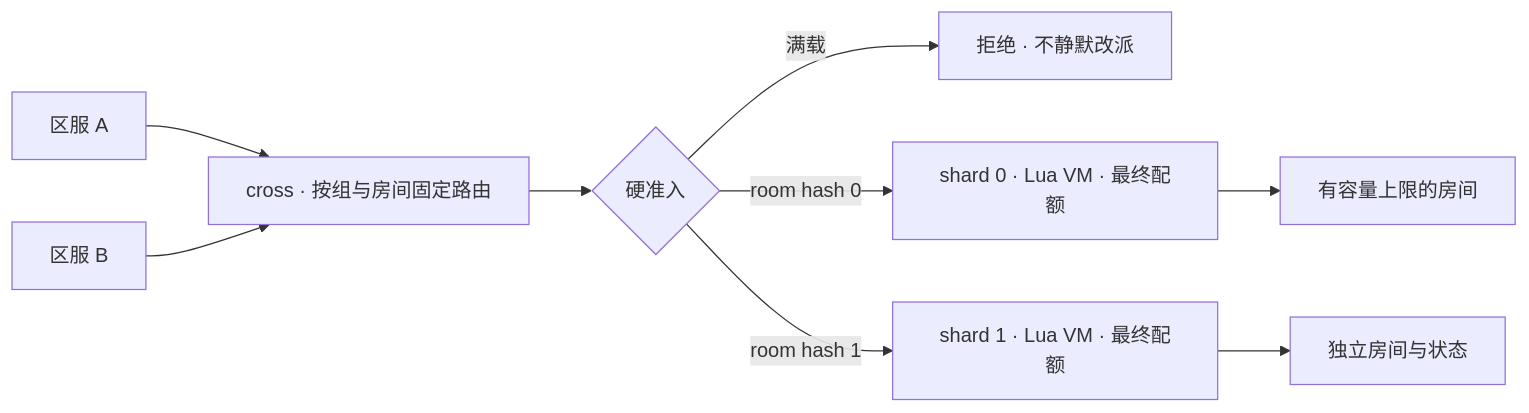
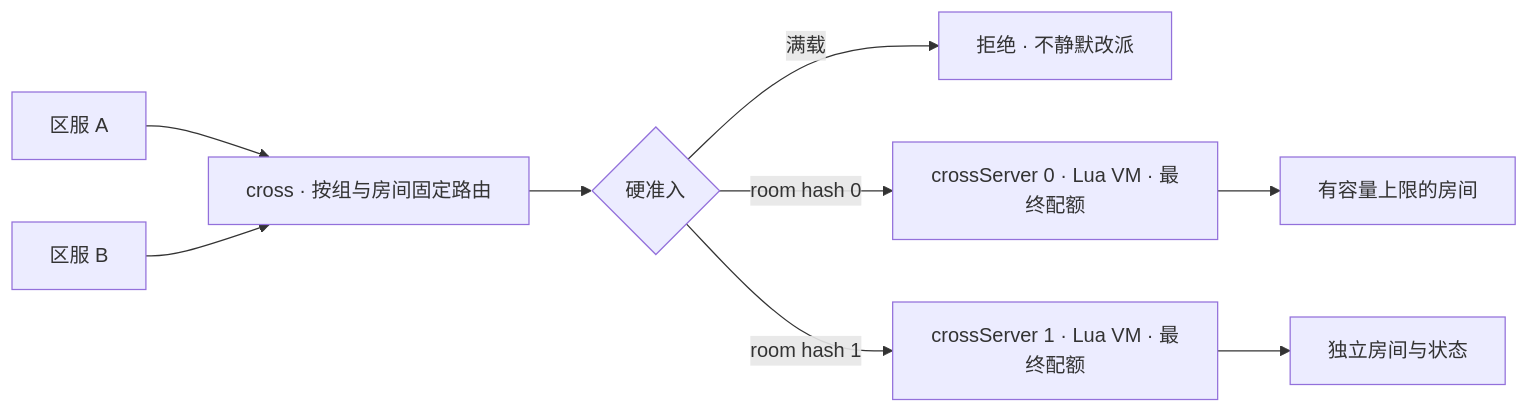
The diagram in docs/zh/cross-server.md (cuihairu/mistlane), drawn with Mermaid before and after one commit. The commit also changed other lines of this file and 58 other files, not shown here.

````diff
--- a/docs/zh/cross-server.md
+++ b/docs/zh/cross-server.md
@@ -13,11 +16,11 @@
 ```mermaid
 flowchart LR
   A["区服 A"] --> C["cross · 按组与房间固定路由"]
   B["区服 B"] --> C
   C --> Q{"硬准入"}
   Q -->|满载| R["拒绝 · 不静默改派"]
-  Q -->|room hash 0| S0["shard 0 · Lua VM · 最终配额"]
-  Q -->|room hash 1| S1["shard 1 · Lua VM · 最终配额"]
+  Q -->|room hash 0| S0["crossServer 0 · Lua VM · 最终配额"]
+  Q -->|room hash 1| S1["crossServer 1 · Lua VM · 最终配额"]
   S0 --> X["有容量上限的房间"]
   S1 --> Y["独立房间与状态"]
 ```
````
